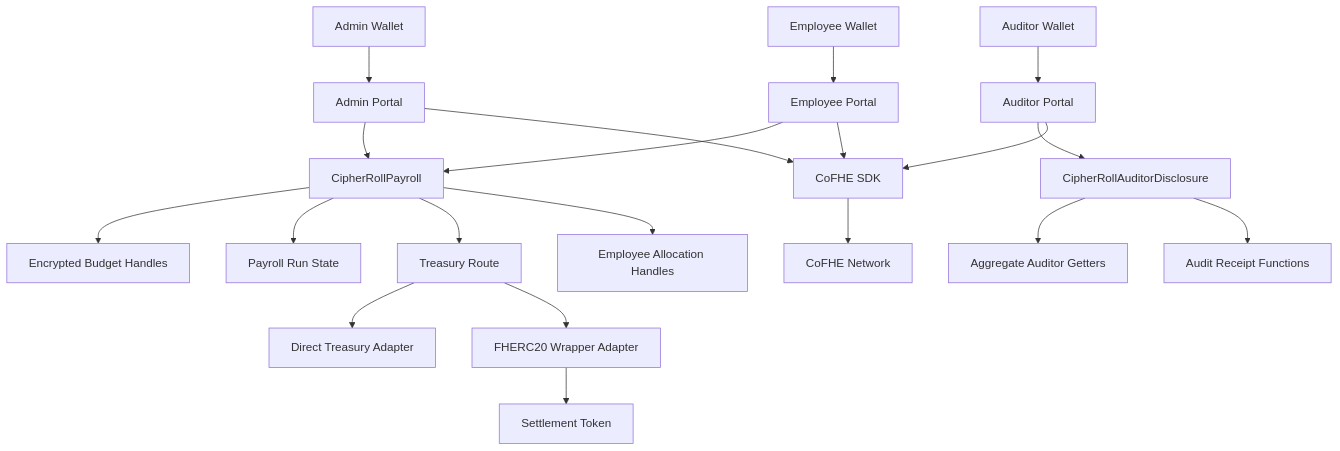
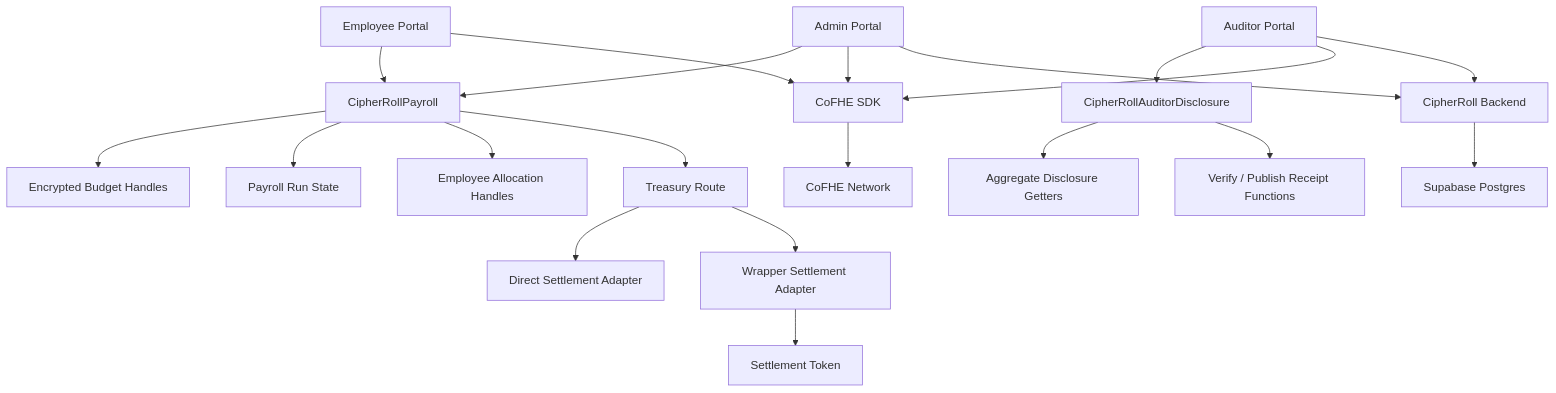
One commit to PhanTom497/CipherRoll changed the diagram in README.md. Above: the diagram before and after it, drawn with Mermaid. The commit also changed other lines of this file and 5 other files, not shown here.

````diff
--- a/README.md
+++ b/README.md
@@ -118,27 +143,27 @@
 ```mermaid
 flowchart TD
-    A[Admin Wallet] --> B[Admin Portal]
-    E[Employee Wallet] --> F[Employee Portal]
-    U[Auditor Wallet] --> G[Auditor Portal]
+    A[Admin Portal] --> B[CipherRollPayroll]
+    C[Employee Portal] --> B
+    D[Auditor Portal] --> E[CipherRollAuditorDisclosure]
 
-    B --> C[CipherRollPayroll]
-    G --> D[CipherRollAuditorDisclosure]
-    F --> C
+    A --> F["CoFHE SDK"]
+    C --> F
+    D --> F
+    F --> G[CoFHE Network]
 
-    C --> H[Encrypted Budget Handles]
-    C --> I[Payroll Run State]
-    C --> J[Treasury Route]
-    C --> K[Employee Allocation Handles]
+    B --> H[Encrypted Budget Handles]
+    B --> I[Payroll Run State]
+    B --> J[Employee Allocation Handles]
+    B --> K[Treasury Route]
 
-    D --> L[Aggregate Auditor Getters]
-    D --> M[Audit Receipt Functions]
+    E --> L[Aggregate Disclosure Getters]
+    E --> M[Verify / Publish Receipt Functions]
 
-    B --> N["CoFHE SDK"]
-    F --> N
-    G --> N
+    K --> N[Direct Settlement Adapter]
+    K --> O[Wrapper Settlement Adapter]
+    O --> P[Settlement Token]
 
-    N --> O[CoFHE Network]
-    J --> P[Direct Treasury Adapter]
-    J --> Q[FHERC20 Wrapper Adapter]
-    Q --> R[Settlement Token]
+    A --> Q[CipherRoll Backend]
+    D --> Q
+    Q --> R[Supabase Postgres]
 ```
````
